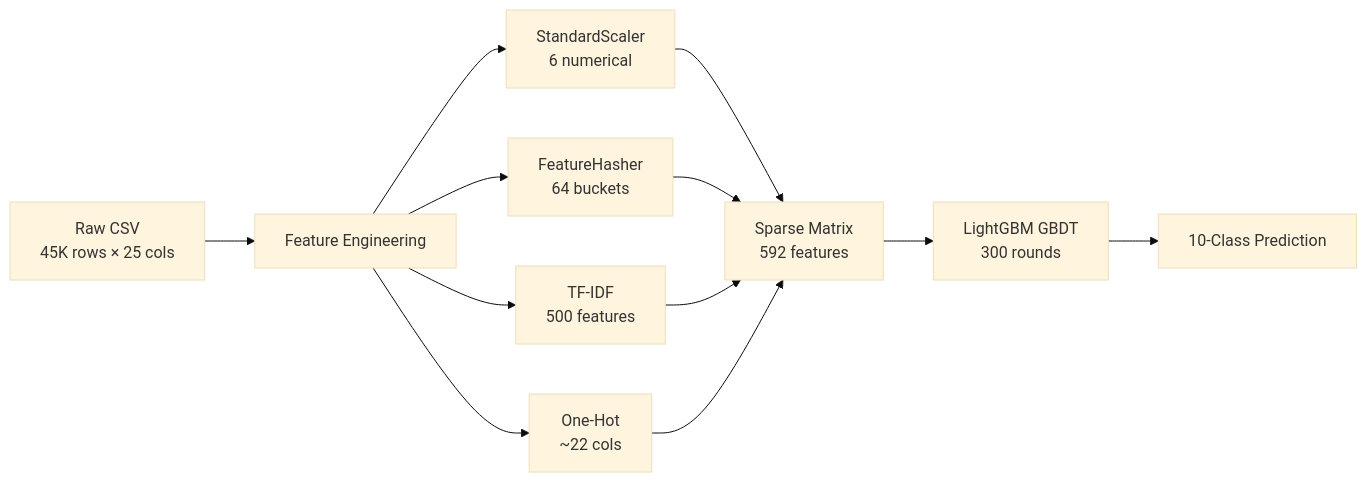
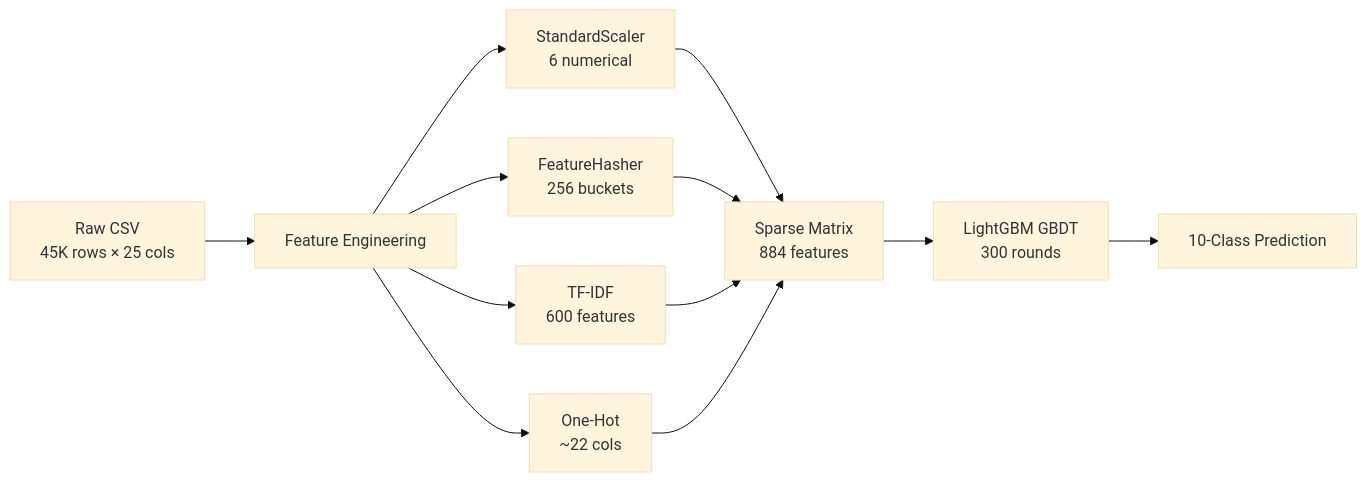
The second of 4 diagrams in SYSTEM_DESIGN.md (Anbu-00001/Sentinel-AIOps), drawn with Mermaid (base theme) before and after one commit. The commit also changed 3 other files, not shown here.

````diff
--- a/SYSTEM_DESIGN.md
+++ b/SYSTEM_DESIGN.md
@@ -79,11 +79,11 @@
 ```mermaid
 flowchart LR
     RAW["Raw CSV\n45K rows × 25 cols"] --> FE["Feature Engineering"]
     FE --> NUM["StandardScaler\n6 numerical"]
-    FE --> HASH["FeatureHasher\n64 buckets"]
-    FE --> TFIDF["TF-IDF\n500 features"]
+    FE --> HASH["FeatureHasher\n256 buckets"]
+    FE --> TFIDF["TF-IDF\n600 features"]
     FE --> DUMMY["One-Hot\n~22 cols"]
-    NUM & HASH & TFIDF & DUMMY --> MAT["Sparse Matrix\n592 features"]
+    NUM & HASH & TFIDF & DUMMY --> MAT["Sparse Matrix\n884 features"]
     MAT --> LGBM["LightGBM GBDT\n300 rounds"]
     LGBM --> PRED["10-Class Prediction"]
 ```
````
